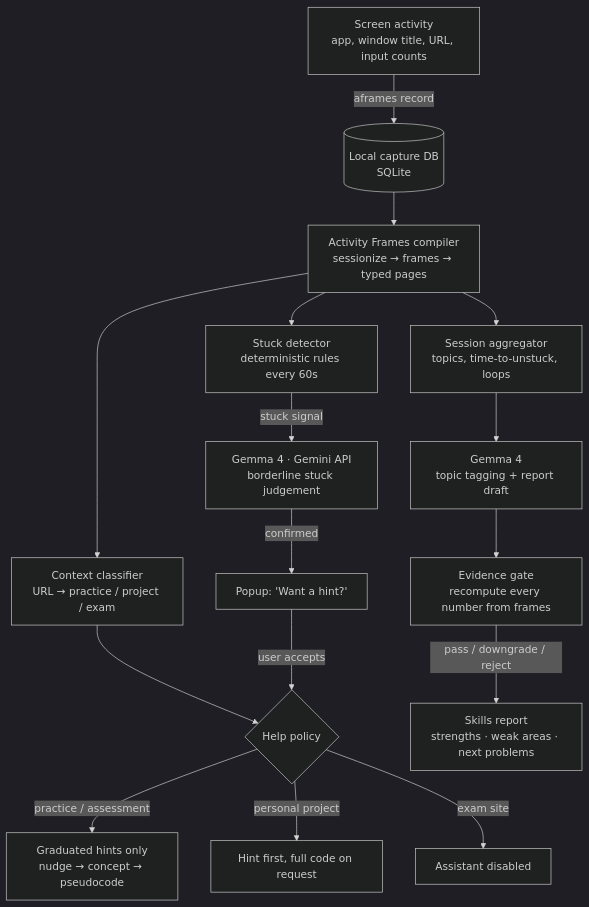
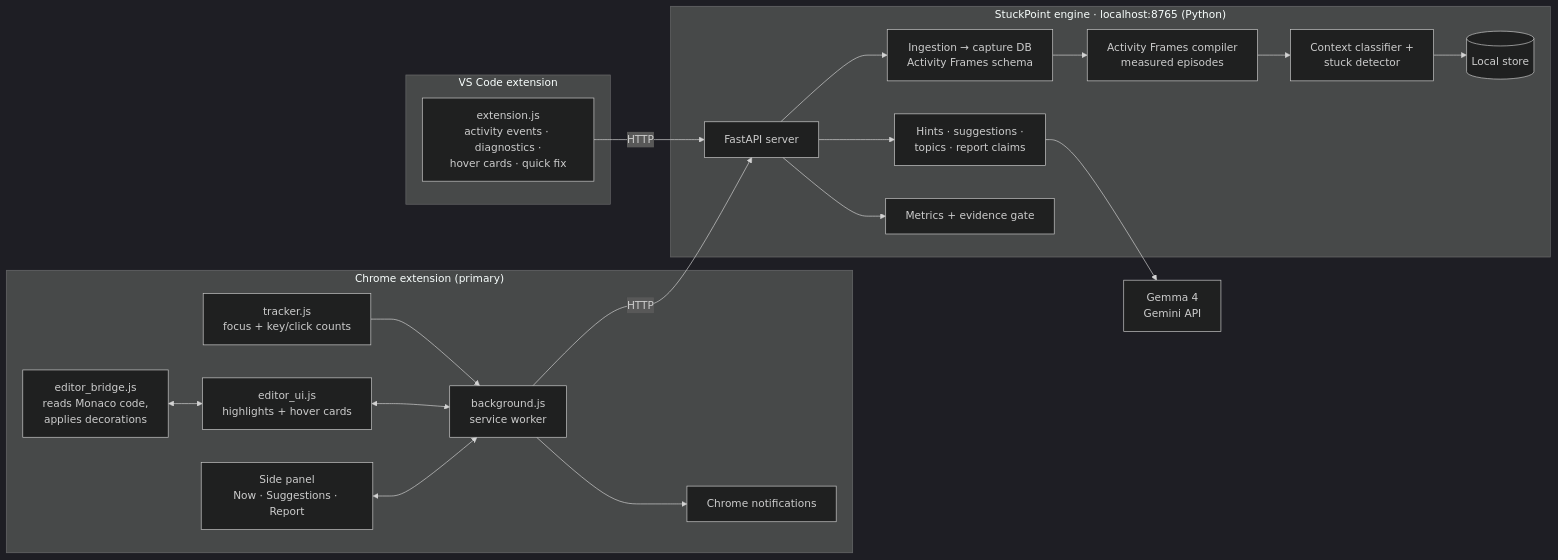
The diagram in README.md (Sudheeswar-Reddy/hacktoberfest-hack-day-coimbatore-x-init-club-and-idea-club), drawn with Mermaid (dark theme) before and after one commit. The commit also changed other lines of this file, not shown here.

First line of the commit message:
Revise README for StuckPoint features and architecture

````diff
--- a/README.md
+++ b/README.md
@@ -75,18 +81,24 @@
 ```mermaid
-flowchart TD
-    A[Screen activity<br/>app, window title, URL, input counts] -->|aframes record| B[(Local capture DB<br/>SQLite)]
-    B --> C[Activity Frames compiler<br/>sessionize → frames → typed pages]
-    C --> D[Context classifier<br/>URL → practice / project / exam]
-    C --> E[Stuck detector<br/>deterministic rules every 60s]
-    D --> F{Help policy}
-    E -->|stuck signal| G[Gemma 4 · Gemini API<br/>borderline stuck judgement]
-    G -->|confirmed| H[Popup: 'Want a hint?']
-    H -->|user accepts| F
-    F -->|practice / assessment| I[Graduated hints only<br/>nudge → concept → pseudocode]
-    F -->|personal project| J[Hint first, full code on request]
-    F -->|exam site| K[Assistant disabled]
-    C --> L[Session aggregator<br/>topics, time-to-unstuck, loops]
-    L --> M[Gemma 4<br/>topic tagging + report draft]
-    M --> N[Evidence gate<br/>recompute every number from frames]
-    N -->|pass / downgrade / reject| O[Skills report<br/>strengths · weak areas · next problems]
+flowchart LR
+    subgraph Chrome["Chrome extension (primary)"]
+        T[tracker.js<br/>focus + key/click counts] --> SW[background.js<br/>service worker]
+        EB[editor_bridge.js<br/>reads Monaco code,<br/>applies decorations] <--> EU[editor_ui.js<br/>highlights + hover cards]
+        EU <--> SW
+        SP[Side panel<br/>Now · Suggestions · Report] <--> SW
+        SW --> N[Chrome notifications]
+    end
+    subgraph VSC["VS Code extension"]
+        VE[extension.js<br/>activity events · diagnostics ·<br/>hover cards · quick fix]
+    end
+    SW -- HTTP --> API
+    VE -- HTTP --> API
+    subgraph Engine["StuckPoint engine · localhost:8765 (Python)"]
+        API[FastAPI server] --> ING[Ingestion → capture DB<br/>Activity Frames schema]
+        ING --> AF[Activity Frames compiler<br/>measured episodes]
+        AF --> DET[Context classifier +<br/>stuck detector]
+        DET --> ST[(Local store)]
+        API --> LLM[Hints · suggestions ·<br/>topics · report claims]
+        API --> REP[Metrics + evidence gate]
+    end
+    LLM --> G[Gemma 4<br/>Gemini API]
 ```
````
